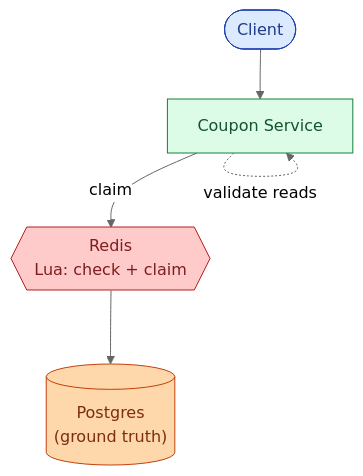
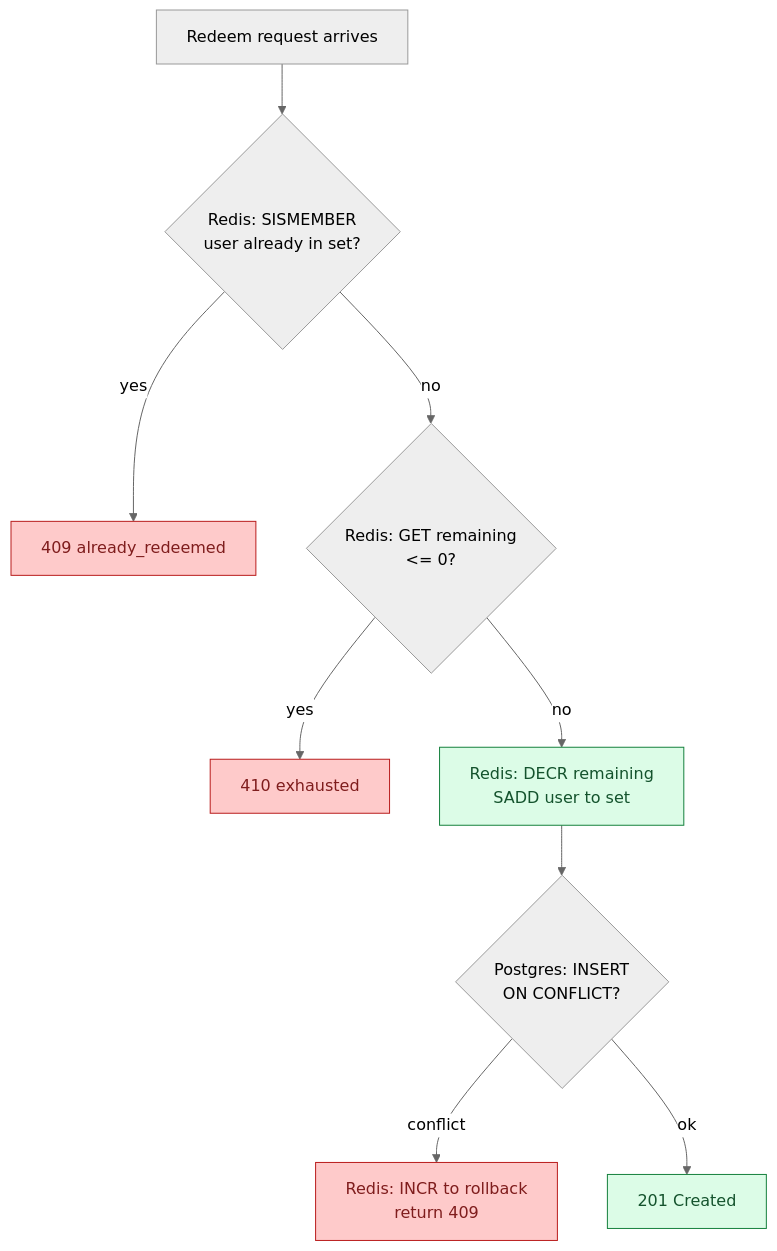
The sixth of 11 diagrams in problems/014-coupon-redemption/question.md (shiningflash/system-design), drawn with Mermaid (neutral theme) before and after one commit. The commit also changed other lines of this file and 37 other files, not shown here.

````diff
--- a/problems/014-coupon-redemption/question.md
+++ b/problems/014-coupon-redemption/question.md
@@ -264,12 +245,14 @@
 ```mermaid
-flowchart TB
-    C([Client]):::user --> S["Coupon Service"]:::app
-    S -->|claim| R{{"Redis<br/>Lua: check + claim"}}:::cache
-    S -.validate reads.-> S
-    R --> DB[("Postgres<br/>(ground truth)")]:::db
+flowchart TD
+    Start["Redeem request arrives"] --> A{"Redis: SISMEMBER<br/>user already in set?"}
+    A -->|yes| Rej1["409 already_redeemed"]:::bad
+    A -->|no| B{"Redis: GET remaining<br/><= 0?"}
+    B -->|yes| Rej2["410 exhausted"]:::bad
+    B -->|no| C["Redis: DECR remaining<br/>SADD user to set"]:::ok
+    C --> D{"Postgres: INSERT<br/>ON CONFLICT?"}
+    D -->|conflict| E["Redis: INCR to rollback<br/>return 409"]:::bad
+    D -->|ok| F["201 Created"]:::ok
 
-    classDef user  fill:#dbeafe,stroke:#1e40af,color:#1e3a8a
-    classDef app   fill:#dcfce7,stroke:#15803d,color:#14532d
-    classDef db    fill:#fed7aa,stroke:#c2410c,color:#7c2d12
-    classDef cache fill:#fecaca,stroke:#b91c1c,color:#7f1d1d
+    classDef ok  fill:#dcfce7,stroke:#15803d,color:#14532d
+    classDef bad fill:#fecaca,stroke:#b91c1c,color:#7f1d1d
 ```
````
